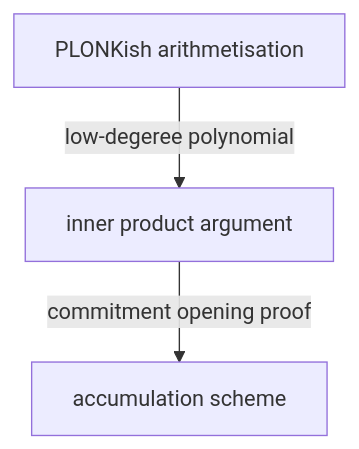
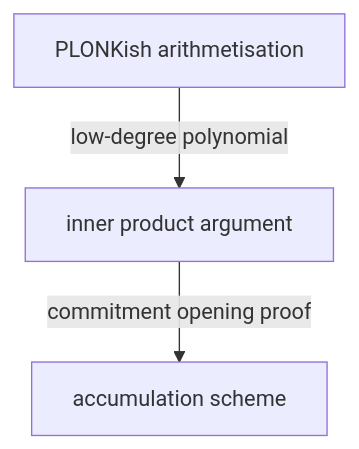
The second of 2 diagrams in halo2-doc/0xparc halo2.md (z2o-k7e/zkp-co-learn), drawn with Mermaid before and after one commit.

Commit message:
Update 0xparc halo2.md

````diff
--- a/halo2-doc/0xparc halo2.md
+++ b/halo2-doc/0xparc halo2.md
@@ -24,10 +24,10 @@
 ```mermaid
 graph TD
 
 a[PLONKish arithmetisation ]
 b[inner product argument]
 c[accumulation scheme]
 
-a -- "low-degeree polynomial" --> b
+a -- "low-degree polynomial" --> b
 b -- "commitment opening proof" --> c
 ```
````
